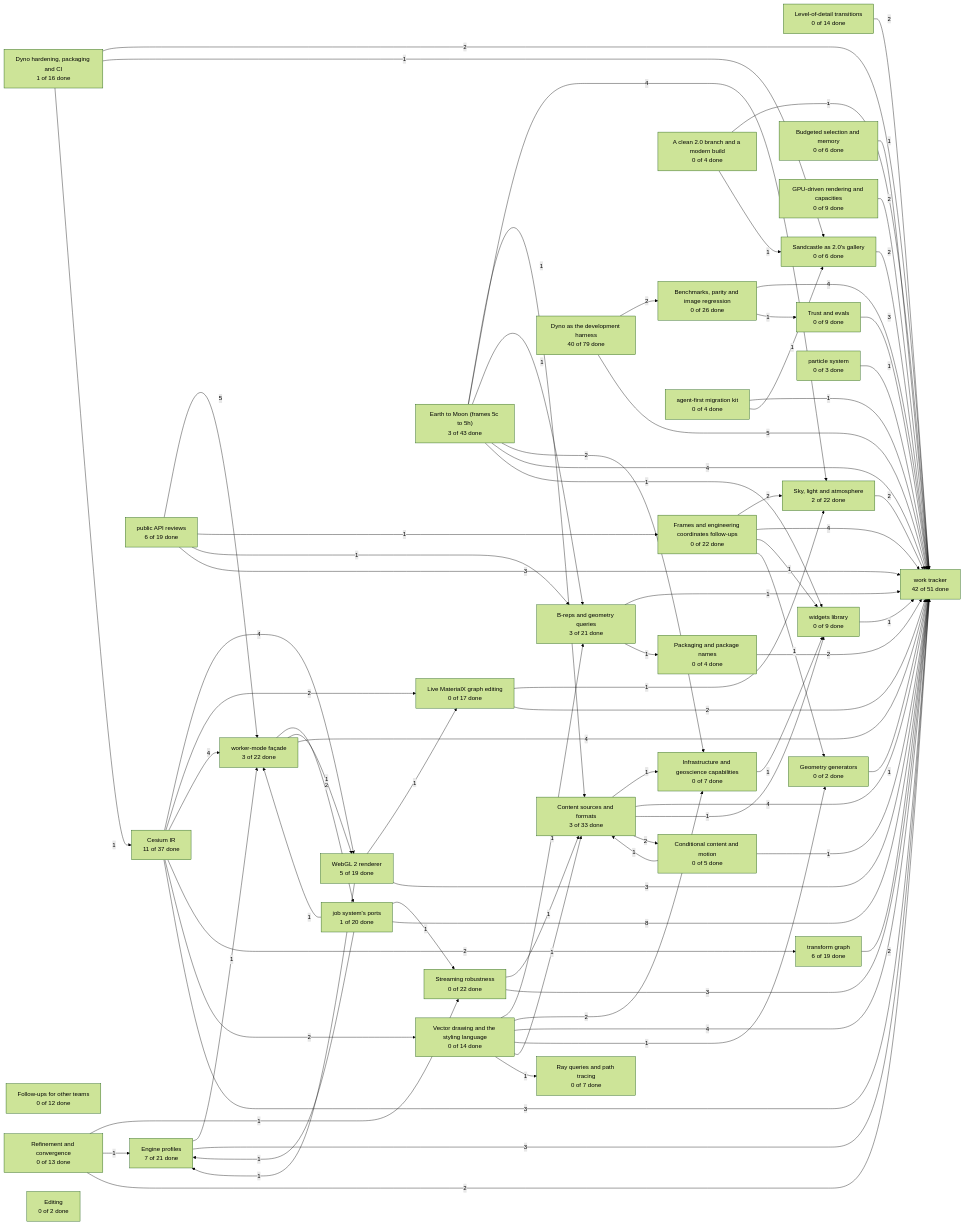
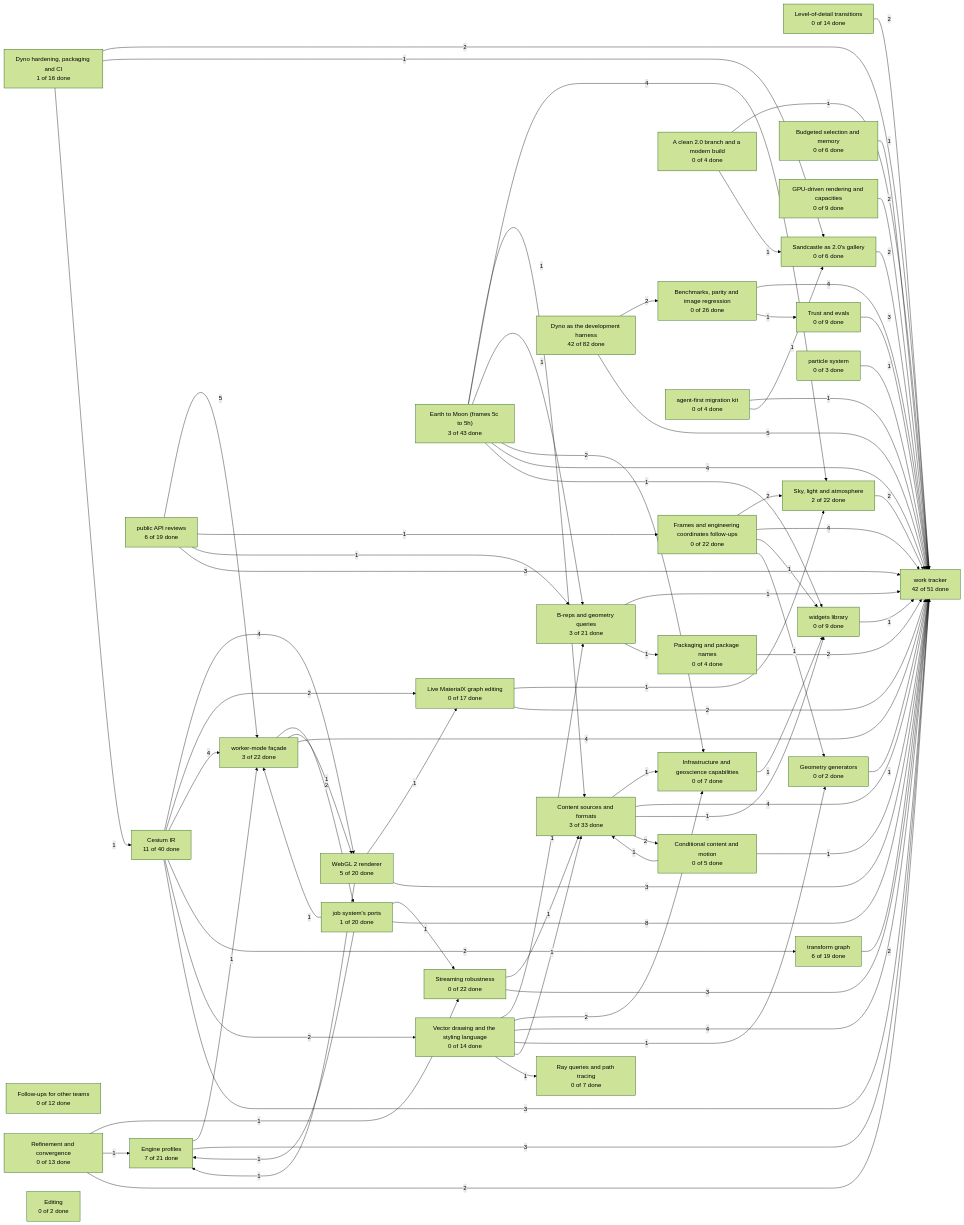
Before and after one commit to CesiumGS/cesium: the diagram in packages/next/work/views/projects-graph.md, drawn with Mermaid (forest theme). The commit also changed 8 other files, not shown here.

````diff
--- a/packages/next/work/views/projects-graph.md
+++ b/packages/next/work/views/projects-graph.md
@@ -5,8 +5,8 @@
 ```mermaid
 graph LR
   CS_8["Engine profiles<br/>7 of 21 done"]
-  CS_9["WebGL 2 renderer<br/>5 of 19 done"]
-  CS_10["Cesium IR<br/>11 of 37 done"]
+  CS_9["WebGL 2 renderer<br/>5 of 20 done"]
+  CS_10["Cesium IR<br/>11 of 40 done"]
   CS_11["Live MaterialX graph editing<br/>0 of 17 done"]
   CS_12["job system's ports<br/>1 of 20 done"]
   CS_13["worker-mode façade<br/>3 of 22 done"]
@@ -28,7 +28,7 @@
   CS_197["Ray queries and path tracing<br/>0 of 7 done"]
   CS_198["GPU-driven rendering and capacities<br/>0 of 9 done"]
   CS_199["Dyno hardening, packaging and CI<br/>1 of 16 done"]
-  CS_389["Dyno as the development harness<br/>40 of 79 done"]
+  CS_389["Dyno as the development harness<br/>42 of 82 done"]
   CS_437["public API reviews<br/>6 of 19 done"]
   CS_579["Editing<br/>0 of 2 done"]
   CS_584["widgets library<br/>0 of 9 done"]
````
